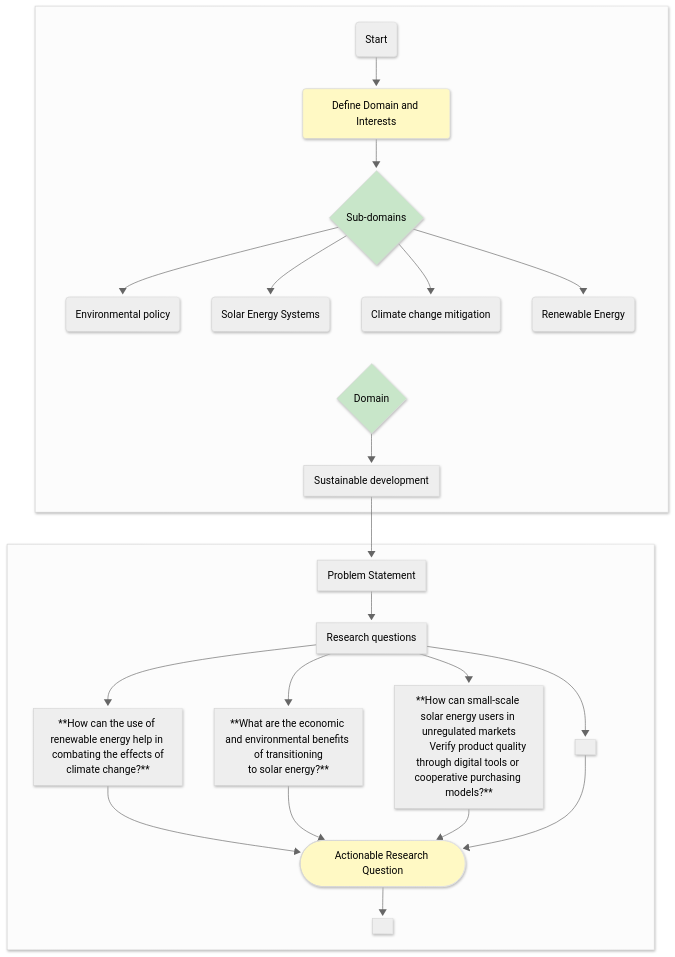
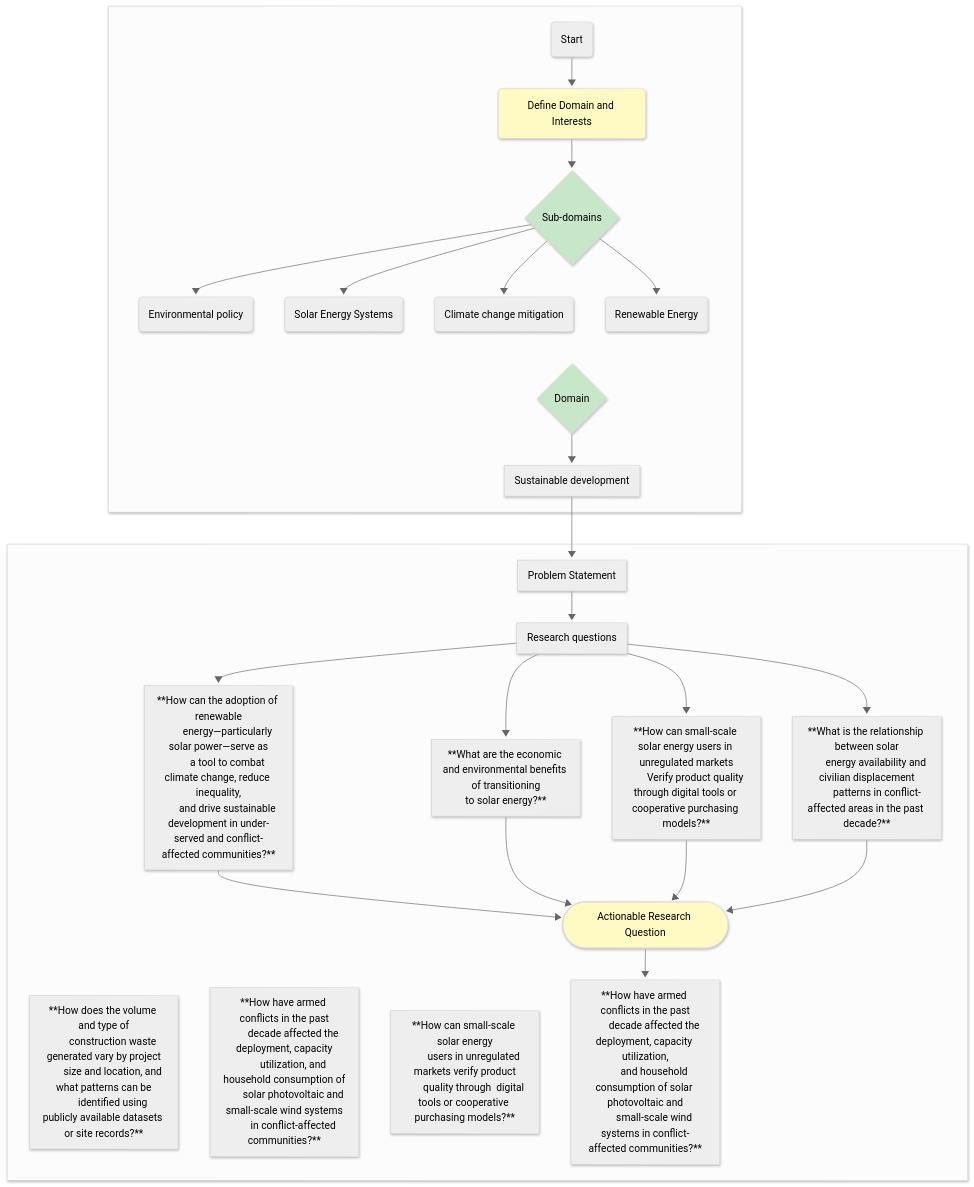
The diagram in 0_domain_study/progress.md (MIT-Emerging-Talent/ET6-CDSP-starter), drawn with Mermaid before and after one commit.

Commit message:
Updated research questions

````diff
--- a/0_domain_study/progress.md
+++ b/0_domain_study/progress.md
@@ -7,52 +7,71 @@
 ```mermaid
 ---
 config:
   theme: neutral
   look: neo
 ---
 flowchart TB
  subgraph s1[" "]
         B{"Sub-domains"}
         A("Define Domain and Interests")
         BA("Environmental policy")
         BB("Solar Energy Systems")
         BC("Climate change mitigation")
         BD("Renewable Energy")
         C{"Domain"}
         D["Sustainable development"]
         nn("Start")
   end
  subgraph s[" "]
         n1["Problem Statement"]
         n2["Research questions"]
-        n3["**How can the use of renewable energy help in combating the effects of
-climate change?**"]
+        n3["**How can the adoption of renewable
+        energy—particularly solar power—serve as
+        a tool to combat climate change, reduce inequality,
+        and drive sustainable development in under-served and conflict-affected communities?**"]
         n31["**What are the economic and environmental benefits of transitioning
 to solar energy?**"]
         n32["
         **How can small-scale solar energy users in unregulated markets
         Verify product quality through digital tools or cooperative purchasing models?**"]
-        n33[" "]
+        n33["**What is the relationship between solar
+        energy availability and civilian displacement
+        patterns in conflict-affected areas in the past decade?**"]
+        n34["**How does the volume and type of
+        construction waste generated vary by project
+        size and location, and what patterns can be
+        identified using publicly available datasets or site records?**"]
+        n35["**How have armed conflicts in the past
+        decade affected the deployment, capacity
+        utilization, and household consumption of
+        solar photovoltaic and small‐scale wind systems
+        in conflict‐affected communities?**"]
+        n36["**How can small-scale solar energy
+        users in unregulated markets verify product
+        quality through  digital tools or cooperative purchasing models?**"]
         n4(["Actionable Research Question"])
-        n5[" "]
+        n5["**How have armed conflicts in the past
+        decade affected the deployment, capacity utilization,
+        and household consumption of solar photovoltaic and
+        small‐scale wind systems in conflict‐affected communities?**"]
   end
     A --> B
     B --> BA & BB & BC & BD
     BA ~~~ C
     BB ~~~ C
     BC ~~~ C
     BD ~~~ C
     nn --> A
     C --> D
     D --> n1
     n1 --> n2
     n2 --> n3 & n31 & n32 & n33
     n3 & n31 & n32 & n33 --> n4
     n4 --> n5
     style B fill:#C8E6C9
     style A fill:#FFF9C4
     style C fill:#C8E6C9
     style n3 color:#000000
     style n4 fill:#FFF9C4
 
 ```
````
